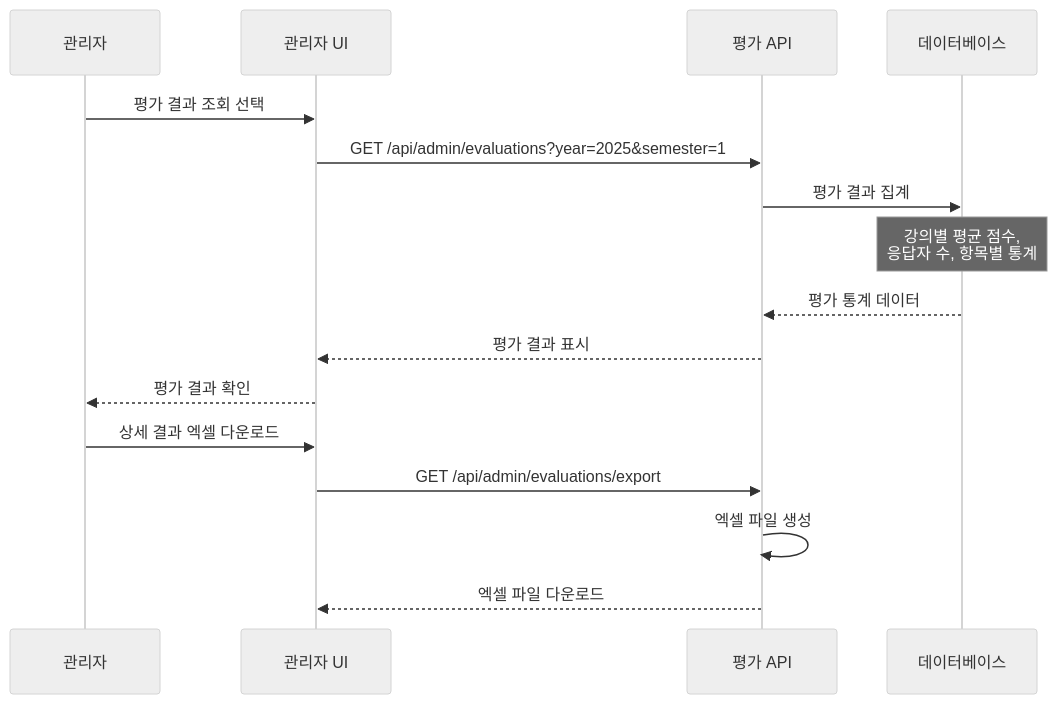
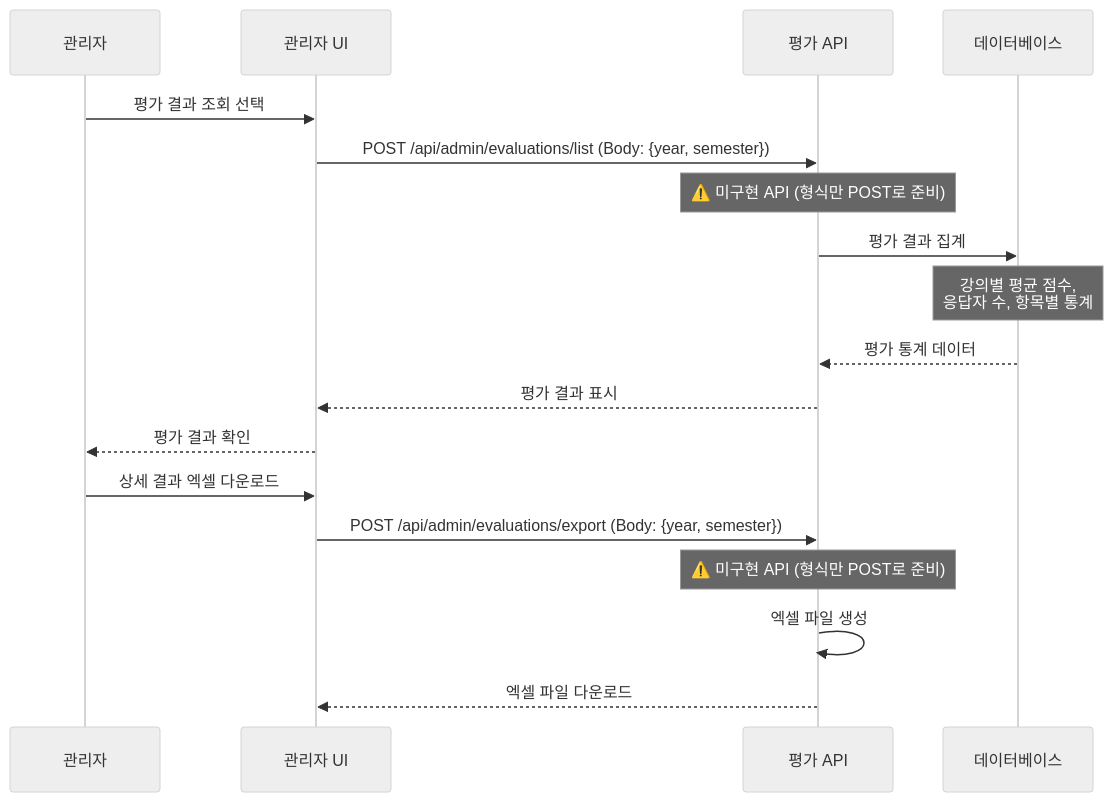
The sixth of 8 diagrams in backend/BlueCrab/docs/강의관련기능/04-관리자플로우.md (hooting76/blue-crab-lms), drawn with Mermaid (neutral theme) before and after one commit. The commit also changed other lines of this file and 19 other files, not shown here.

````diff
--- a/backend/BlueCrab/docs/강의관련기능/04-관리자플로우.md
+++ b/backend/BlueCrab/docs/강의관련기능/04-관리자플로우.md
@@ -267,21 +272,23 @@
 ```mermaid
 sequenceDiagram
     participant Admin as 관리자
     participant UI as 관리자 UI
     participant API as 평가 API
     participant DB as 데이터베이스
 
     Admin->>UI: 평가 결과 조회 선택
-    UI->>API: GET /api/admin/evaluations?year=2025&semester=1
+    UI->>API: POST /api/admin/evaluations/list (Body: {year, semester})
+    Note over API: ⚠️ 미구현 API (형식만 POST로 준비)
     API->>DB: 평가 결과 집계
     Note over DB: 강의별 평균 점수,<br/>응답자 수, 항목별 통계
 
     DB-->>API: 평가 통계 데이터
     API-->>UI: 평가 결과 표시
     UI-->>Admin: 평가 결과 확인
 
     Admin->>UI: 상세 결과 엑셀 다운로드
-    UI->>API: GET /api/admin/evaluations/export
+    UI->>API: POST /api/admin/evaluations/export (Body: {year, semester})
+    Note over API: ⚠️ 미구현 API (형식만 POST로 준비)
     API->>API: 엑셀 파일 생성
     API-->>UI: 엑셀 파일 다운로드
 ```
````
